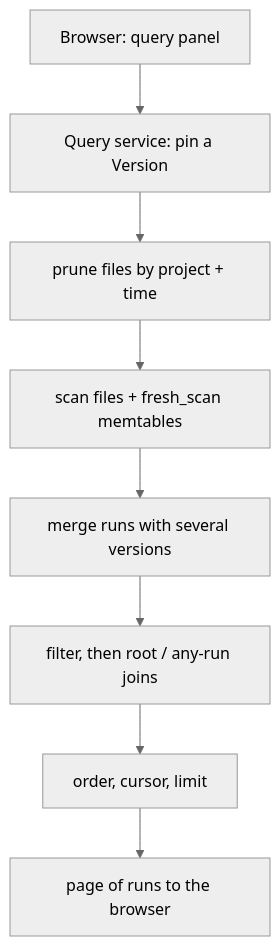
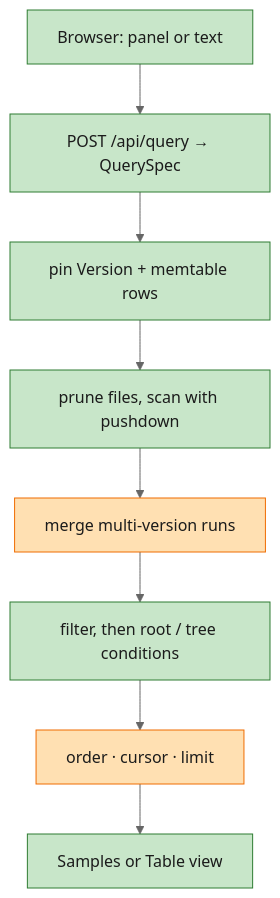
Before and after one commit to liukai/smithling: the fourth of 10 diagrams in specs/002-m2-durable-storage-query-builder/starter-guide.md, drawn with Mermaid (neutral theme). The commit also changed other lines of this file, not shown here.

````diff
--- a/specs/002-m2-durable-storage-query-builder/starter-guide.md
+++ b/specs/002-m2-durable-storage-query-builder/starter-guide.md
@@ -65,12 +103,15 @@
 ```mermaid
 flowchart TB
-    A["Browser: query panel"]
-    B["Query service: pin a Version"]
-    C["prune files by project + time"]
-    D["scan files + fresh_scan memtables"]
-    E["merge runs with several versions"]
-    F["filter, then root / any-run joins"]
-    G["order, cursor, limit"]
-    H["page of runs to the browser"]
+    A["Browser: panel or text"]:::new
+    B["POST /api/query → QuerySpec"]:::new
+    C["pin Version + memtable rows"]:::new
+    D["prune files, scan with pushdown"]:::new
+    E["merge multi-version runs"]:::revised
+    F["filter, then root / tree conditions"]:::new
+    G["order · cursor · limit"]:::revised
+    H["Samples or Table view"]:::new
     A --> B --> C --> D --> E --> F --> G --> H
+    classDef new fill:#c8e6c9,stroke:#2e7d32,color:#1b1b1b
+    classDef revised fill:#ffe0b2,stroke:#ef6c00,color:#1b1b1b
+    classDef old fill:#eeeeee,stroke:#9e9e9e,color:#1b1b1b
 ```
````
